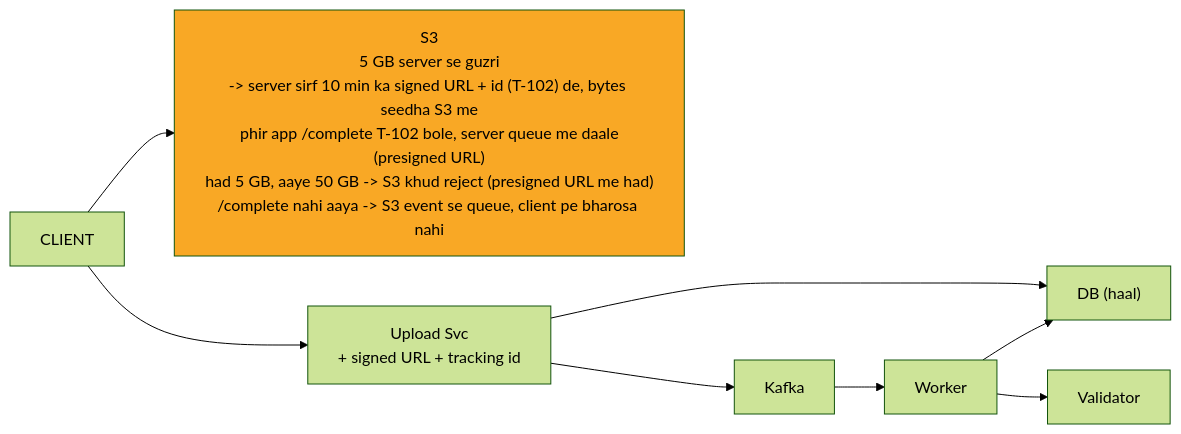
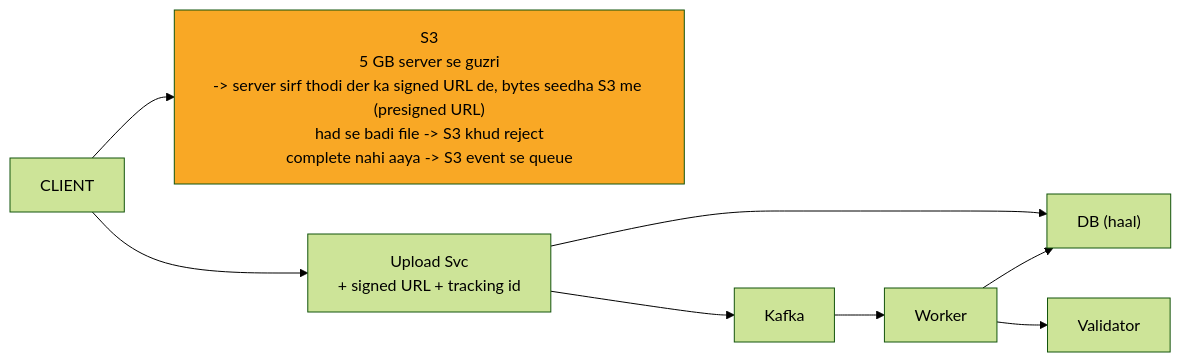
One commit to ArpanMaheshwari144/Prep changed the diagram in 04_HLD/SYSTEM_DESIGNS/07_file_upload_validate_system/img/c2.mmd. Above: the diagram before and after it, drawn with Mermaid (forest theme). The commit also changed 38 other files, not shown here.

```diff
--- a/04_HLD/SYSTEM_DESIGNS/07_file_upload_validate_system/img/c2.mmd
+++ b/04_HLD/SYSTEM_DESIGNS/07_file_upload_validate_system/img/c2.mmd
@@ -1,17 +1,17 @@
 %%{init: {"flowchart": {"wrappingWidth": 450}}}%%
 flowchart LR
     n_CLIENT["CLIENT"]
-    n_S3["S3<br/>5 GB server se guzri<br/>-> server sirf 10 min ka signed URL + id (T-102) de, bytes seedha S3 me<br/>phir app /complete T-102 bole, server queue me daale<br/>(presigned URL)<br/>had 5 GB, aaye 50 GB -> S3 khud reject (presigned URL me had)<br/>/complete nahi aaya -> S3 event se queue, client pe bharosa nahi"]
+    n_S3["S3<br/>5 GB server se guzri<br/>-> server sirf thodi der ka signed URL de, bytes seedha S3 me (presigned URL)<br/>had se badi file -> S3 khud reject<br/>complete nahi aaya -> S3 event se queue"]
     n_Upload_Svc["Upload Svc<br/>+ signed URL + tracking id"]
     n_DB["DB (haal)"]
     n_Kafka["Kafka"]
     n_Worker["Worker"]
     n_Validator["Validator"]
     n_CLIENT --> n_S3
     n_CLIENT --> n_Upload_Svc
     n_Upload_Svc --> n_DB
     n_Upload_Svc --> n_Kafka
     n_Kafka --> n_Worker
     n_Worker --> n_Validator
     n_Worker --> n_DB
     style n_S3 fill:#f9a825,color:#000
```
